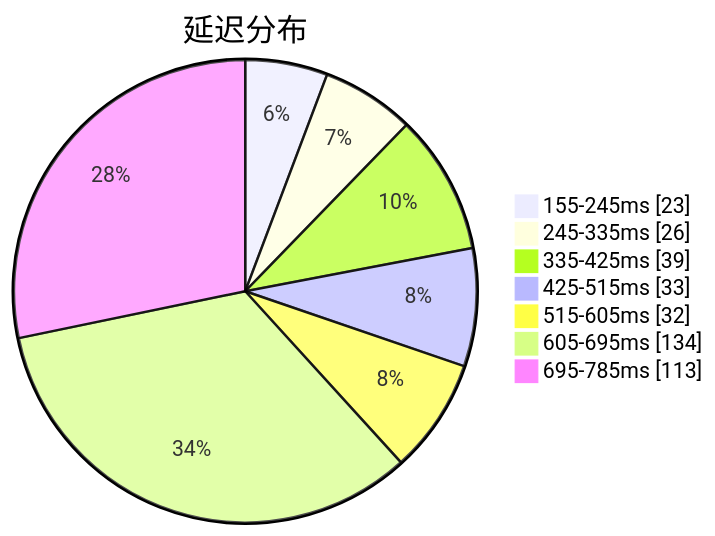
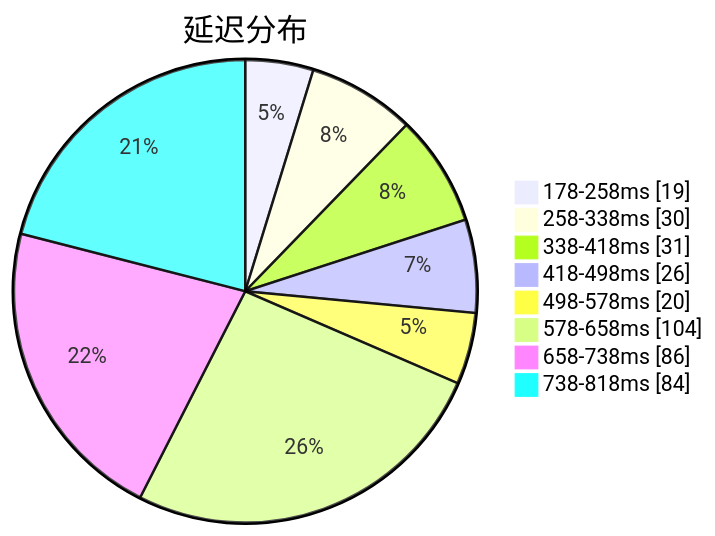
Before and after one commit to qjlxg/airport: the first of 3 diagrams in subs/statistics/tested_within.md, drawn with Mermaid. The commit also changed other lines of this file and 2 other files, not shown here.

Commit message:
Tested by metaST

````diff
--- a/subs/statistics/tested_within.md
+++ b/subs/statistics/tested_within.md
@@ -2,11 +2,12 @@
 ```mermaid
 pie showData
 title 延迟分布
-"155-245ms" : 23
-"245-335ms" : 26
-"335-425ms" : 39
-"425-515ms" : 33
-"515-605ms" : 32
-"605-695ms" : 134
-"695-785ms" : 113
+"178-258ms" : 19
+"258-338ms" : 30
+"338-418ms" : 31
+"418-498ms" : 26
+"498-578ms" : 20
+"578-658ms" : 104
+"658-738ms" : 86
+"738-818ms" : 84
 ```
````
